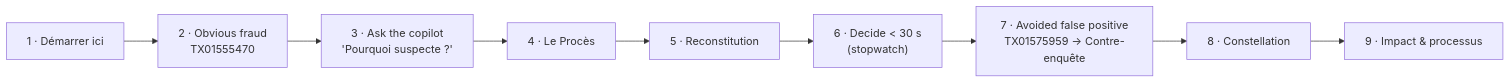
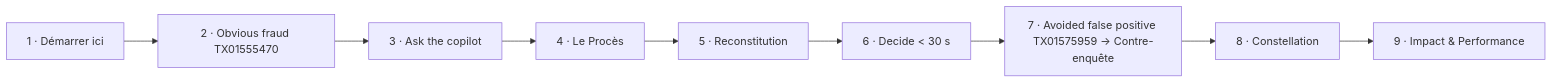
One commit to hack-australiaeast-01/hyson-detector changed diagram 17 of 18 in docs/ARCHITECTURE.md. Above: the diagram before and after it, drawn with Mermaid. The commit also changed other lines of this file and 26 other files, not shown here.

Commit message:
Architecture rewritten: 18 diagrams from Fabric to Azure AI Foundry, ML pipeline, MLOps, ML vs DL map, each AI pipeline, pages, deployment & security (+ PNGs)

````diff
--- a/docs/ARCHITECTURE.md
+++ b/docs/ARCHITECTURE.md
@@ -209,4 +534,4 @@
 ```mermaid
 flowchart LR
-    S1["1 · Démarrer ici"] --> S2["2 · Obvious fraud<br/>TX01555470"] --> S3["3 · Ask the copilot<br/>'Pourquoi suspecte ?'"] --> S4["4 · Le Procès"] --> S5["5 · Reconstitution"] --> S6["6 · Decide < 30 s<br/>(stopwatch)"] --> S7["7 · Avoided false positive<br/>TX01575959 → Contre-enquête"] --> S8["8 · Constellation"] --> S9["9 · Impact & processus"]
+    S1["1 · Démarrer ici"] --> S2["2 · Obvious fraud TX01555470"] --> S3["3 · Ask the copilot"] --> S4["4 · Le Procès"] --> S5["5 · Reconstitution"] --> S6["6 · Decide < 30 s"] --> S7["7 · Avoided false positive TX01575959 → Contre-enquête"] --> S8["8 · Constellation"] --> S9["9 · Impact & Performance"]
 ```
````
